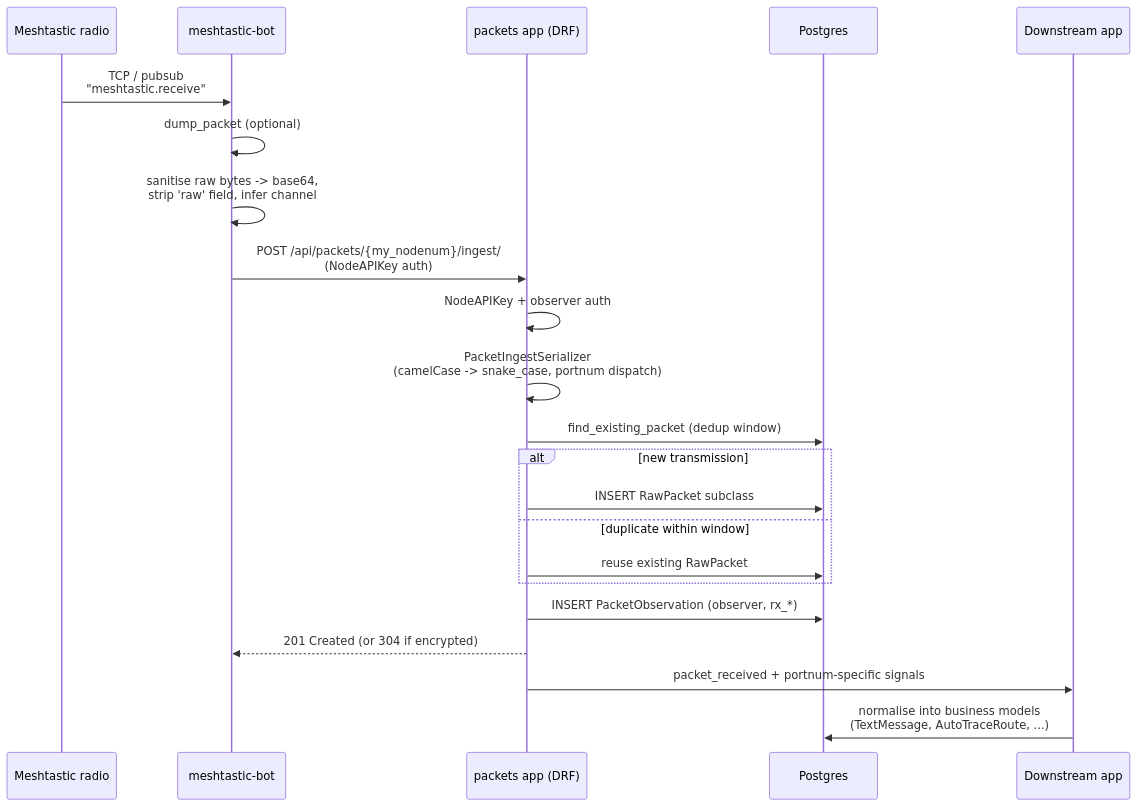
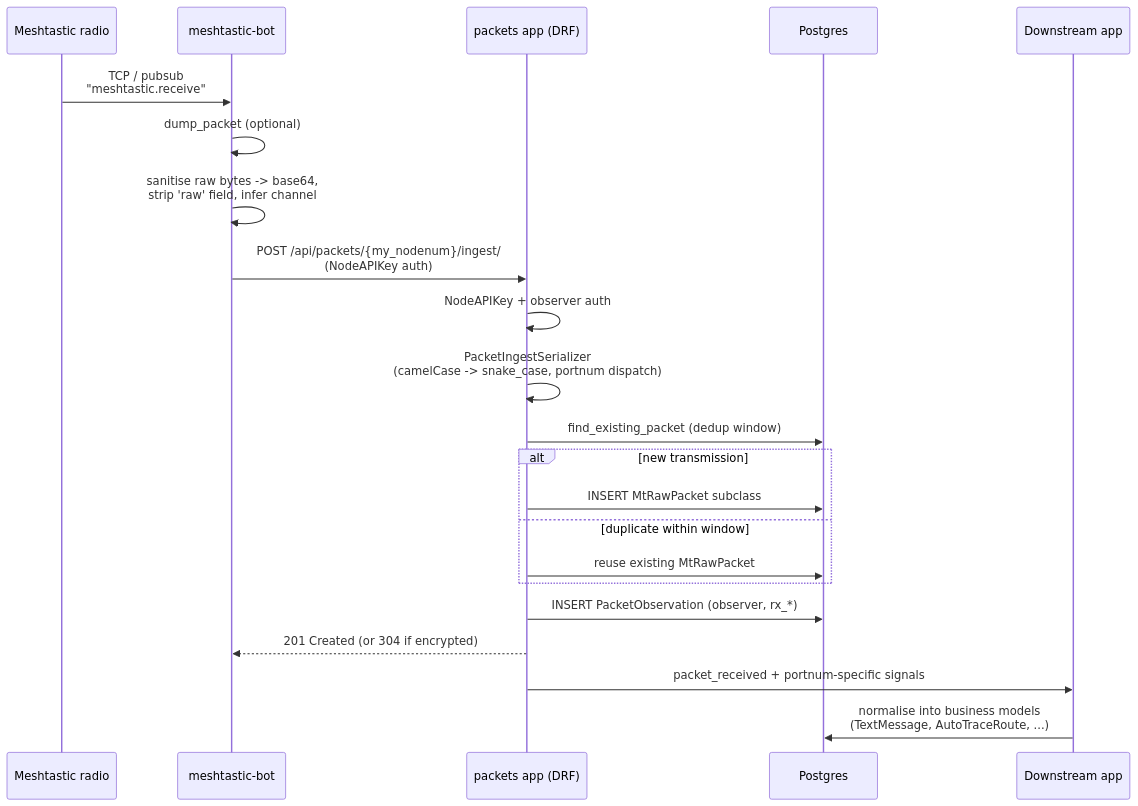
Before and after one commit to pskillen/meshflow-api: the diagram in docs/features/packet-ingestion/README.md, drawn with Mermaid. The commit also changed other lines of this file and 18 other files, not shown here.

First line of the commit message:
feat(packets): rename Meshtastic RawPacket model to MtRawPacket

````diff
--- a/docs/features/packet-ingestion/README.md
+++ b/docs/features/packet-ingestion/README.md
@@ -55,25 +55,25 @@
 ```mermaid
 sequenceDiagram
     participant Radio as Meshtastic radio
     participant Bot as meshtastic-bot
     participant API as packets app (DRF)
     participant DB as Postgres
     participant App as Downstream app
 
     Radio->>Bot: TCP / pubsub<br/>"meshtastic.receive"
     Bot->>Bot: dump_packet (optional)
     Bot->>Bot: sanitise raw bytes -> base64,<br/>strip 'raw' field, infer channel
     Bot->>API: POST /api/packets/{my_nodenum}/ingest/<br/>(NodeAPIKey auth)
     API->>API: NodeAPIKey + observer auth
     API->>API: PacketIngestSerializer<br/>(camelCase -> snake_case, portnum dispatch)
     API->>DB: find_existing_packet (dedup window)
     alt new transmission
-        API->>DB: INSERT RawPacket subclass
+        API->>DB: INSERT MtRawPacket subclass
     else duplicate within window
-        API->>DB: reuse existing RawPacket
+        API->>DB: reuse existing MtRawPacket
     end
     API->>DB: INSERT PacketObservation (observer, rx_*)
     API-->>Bot: 201 Created (or 304 if encrypted)
     API->>App: packet_received + portnum-specific signals
     App->>DB: normalise into business models<br/>(TextMessage, AutoTraceRoute, ...)
 ```
````
